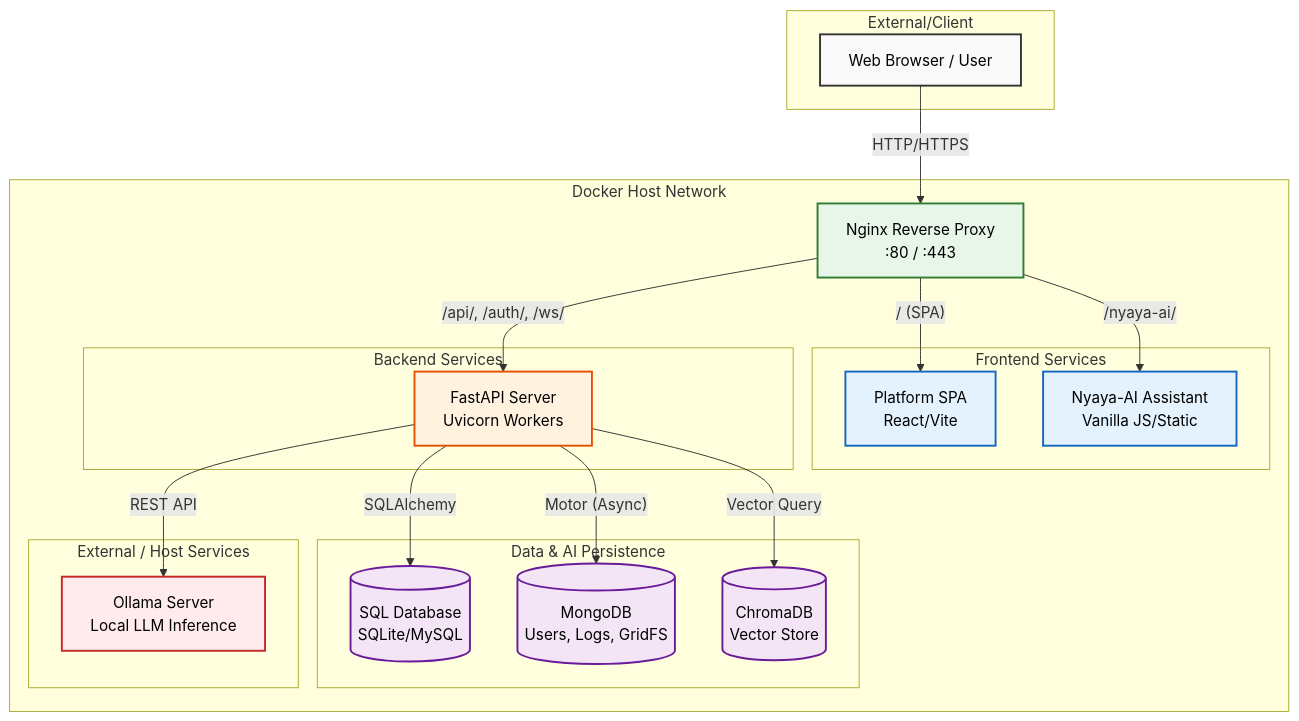
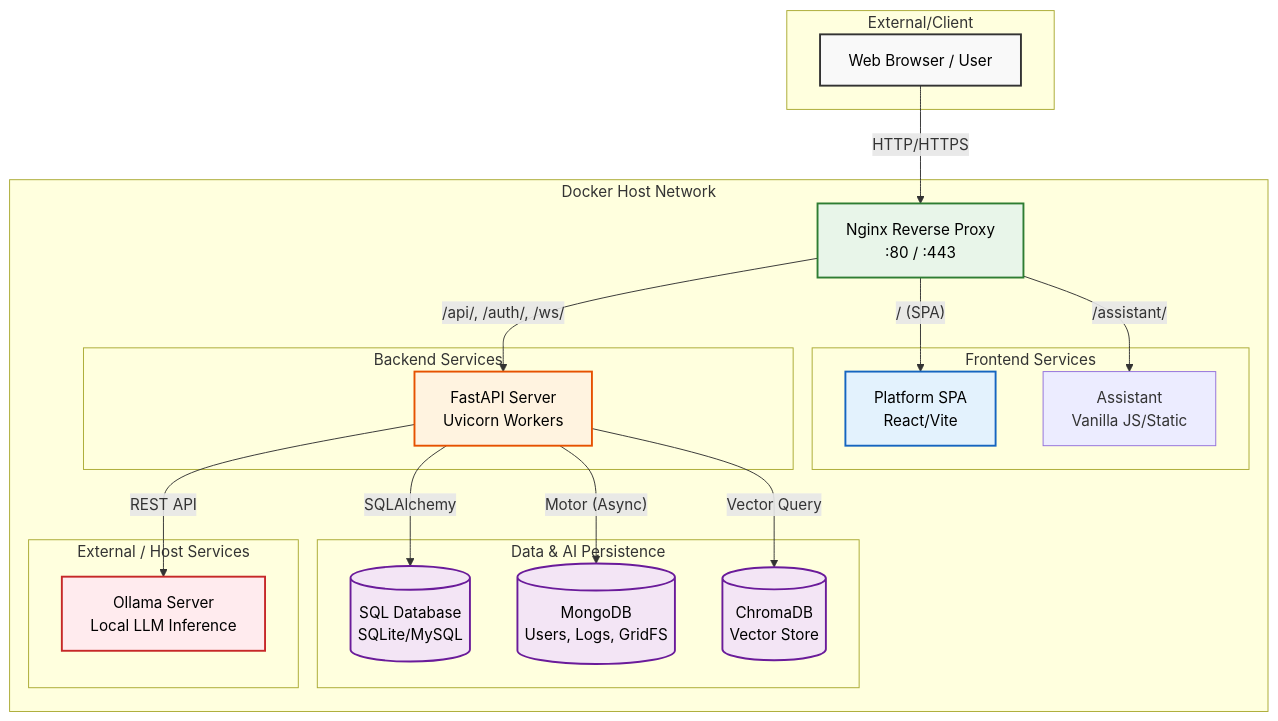
Before and after one commit to quantumNexus0/ai_legal_ecosystem: the first of 6 diagrams in ARCHITECTURE.md, drawn with Mermaid. The commit also changed other lines of this file and 18 other files, not shown here.

````diff
--- a/ARCHITECTURE.md
+++ b/ARCHITECTURE.md
@@ -11,54 +11,54 @@
 ```mermaid
 graph TB
     subgraph "External/Client"
         Browser[Web Browser / User]
     end
 
     subgraph "Docker Host Network"
         Proxy[Nginx Reverse Proxy\n:80 / :443]
         
         subgraph "Frontend Services"
             Platform[Platform SPA\nReact/Vite]
-            NyayaAI[Nyaya-AI Assistant\nVanilla JS/Static]
+            Assistant[Assistant\nVanilla JS/Static]
         end
 
         subgraph "Backend Services"
             FastAPI[FastAPI Server\nUvicorn Workers]
         end
 
         subgraph "Data & AI Persistence"
             SQL[(SQL Database\nSQLite/MySQL)]
             Mongo[(MongoDB\nUsers, Logs, GridFS)]
             Chroma[(ChromaDB\nVector Store)]
         end
         
         subgraph "External / Host Services"
             Ollama[Ollama Server\nLocal LLM Inference]
         end
     end
 
     Browser -- HTTP/HTTPS --> Proxy
     
     Proxy -- "/ (SPA)" --> Platform
-    Proxy -- "/nyaya-ai/" --> NyayaAI
+    Proxy -- "/assistant/" --> Assistant
     Proxy -- "/api/, /auth/, /ws/" --> FastAPI
     
     FastAPI -- "SQLAlchemy" --> SQL
     FastAPI -- "Motor (Async)" --> Mongo
     FastAPI -- "Vector Query" --> Chroma
     FastAPI -- "REST API" --> Ollama
 
     classDef external fill:#f9f9f9,stroke:#333,stroke-width:2px,color:#000
     classDef proxy fill:#e8f5e9,stroke:#2e7d32,stroke-width:2px,color:#000
     classDef frontend fill:#e3f2fd,stroke:#1565c0,stroke-width:2px,color:#000
     classDef backend fill:#fff3e0,stroke:#e65100,stroke-width:2px,color:#000
     classDef database fill:#f3e5f5,stroke:#6a1b9a,stroke-width:2px,color:#000
     classDef ai fill:#ffebee,stroke:#c62828,stroke-width:2px,color:#000
 
     class Browser external
     class Proxy proxy
     class Platform,NyayaAI frontend
     class FastAPI backend
     class SQL,Mongo,Chroma database
     class Ollama ai
 ```
````
